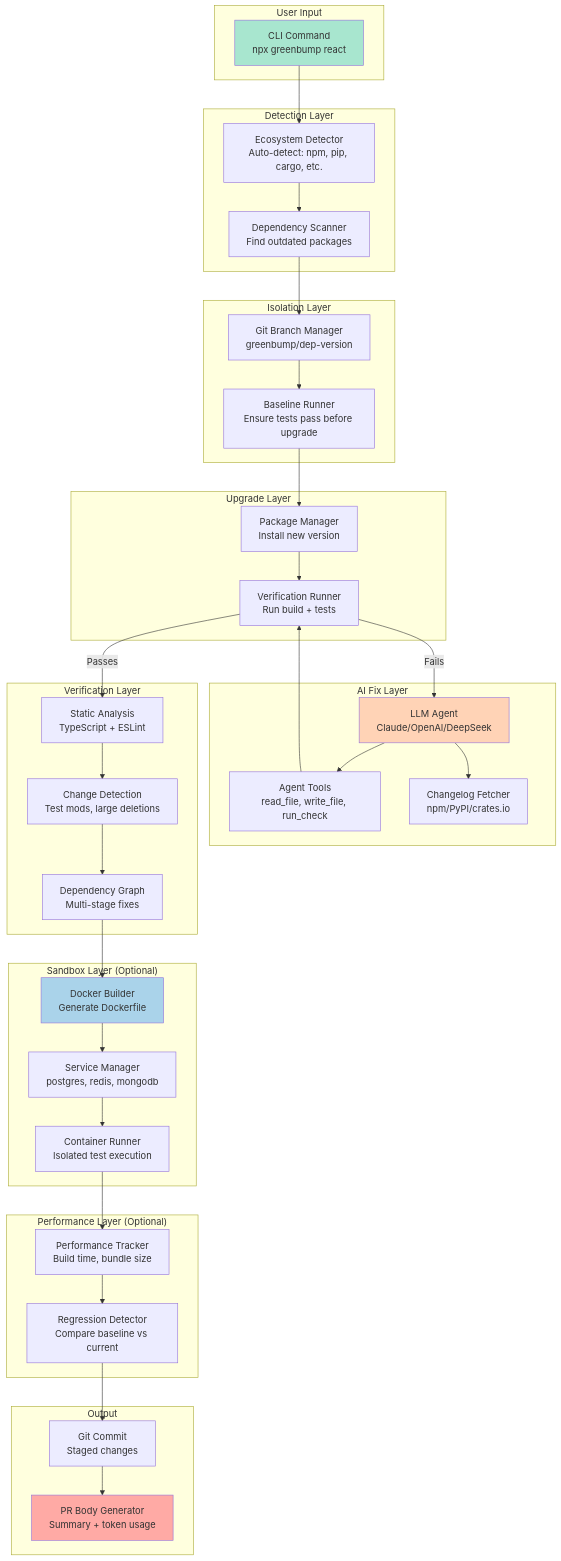
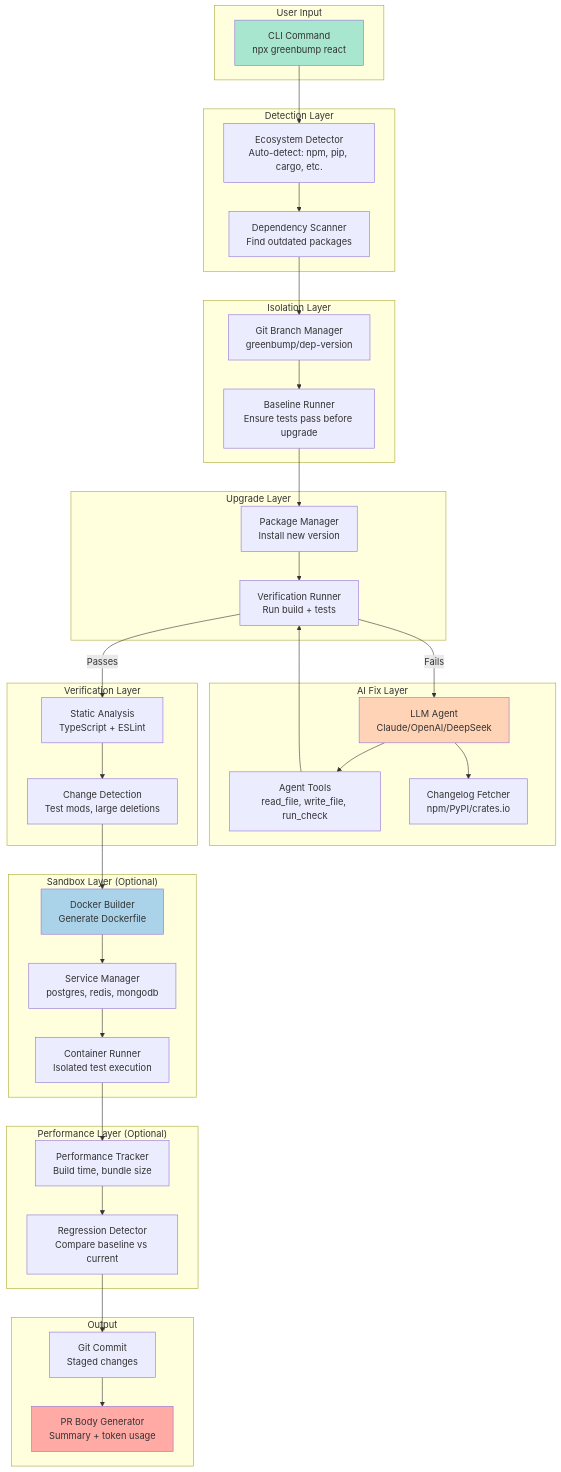
Before and after one commit to shidesheng0218/greenbump: the first of 4 diagrams in README.md, drawn with Mermaid. The commit also changed other lines of this file and 45 other files, not shown here.

````diff
--- a/README.md
+++ b/README.md
@@ -397,79 +401,77 @@
 ```mermaid
 graph TB
     subgraph "User Input"
         CLI[CLI Command<br/>npx greenbump react]
     end
 
     subgraph "Detection Layer"
         DETECT[Ecosystem Detector<br/>Auto-detect: npm, pip, cargo, etc.]
         OUTDATED[Dependency Scanner<br/>Find outdated packages]
     end
 
     subgraph "Isolation Layer"
         GIT[Git Branch Manager<br/>greenbump/dep-version]
         BASELINE[Baseline Runner<br/>Ensure tests pass before upgrade]
     end
 
     subgraph "Upgrade Layer"
         INSTALL[Package Manager<br/>Install new version]
         CHECK[Verification Runner<br/>Run build + tests]
     end
 
     subgraph "AI Fix Layer"
         AGENT[LLM Agent<br/>Claude/OpenAI/DeepSeek]
         TOOLS[Agent Tools<br/>read_file, write_file, run_check]
         CHANGELOG[Changelog Fetcher<br/>npm/PyPI/crates.io]
     end
 
     subgraph "Verification Layer"
         STATIC[Static Analysis<br/>TypeScript + ESLint]
         CHANGE[Change Detection<br/>Test mods, large deletions]
-        GRAPH[Dependency Graph<br/>Multi-stage fixes]
     end
 
     subgraph "Sandbox Layer (Optional)"
         DOCKER[Docker Builder<br/>Generate Dockerfile]
         SERVICES[Service Manager<br/>postgres, redis, mongodb]
         CONTAINER[Container Runner<br/>Isolated test execution]
     end
 
     subgraph "Performance Layer (Optional)"
         PERF[Performance Tracker<br/>Build time, bundle size]
         COMPARE[Regression Detector<br/>Compare baseline vs current]
     end
 
     subgraph "Output"
         COMMIT[Git Commit<br/>Staged changes]
         PR[PR Body Generator<br/>Summary + token usage]
     end
 
     CLI --> DETECT
     DETECT --> OUTDATED
     OUTDATED --> GIT
     GIT --> BASELINE
     BASELINE --> INSTALL
     INSTALL --> CHECK
     CHECK -->|Fails| AGENT
     CHECK -->|Passes| STATIC
     
     AGENT --> TOOLS
     AGENT --> CHANGELOG
     TOOLS --> CHECK
     
     STATIC --> CHANGE
-    CHANGE --> GRAPH
-    GRAPH --> DOCKER
+    CHANGE --> DOCKER
     
     DOCKER --> SERVICES
     SERVICES --> CONTAINER
     CONTAINER --> PERF
     
     PERF --> COMPARE
     COMPARE --> COMMIT
     COMMIT --> PR
 
     style CLI fill:#a8e6cf
     style AGENT fill:#ffd3b6
     style DOCKER fill:#aad3ea
     style PR fill:#ffaaa5
 ```
````
